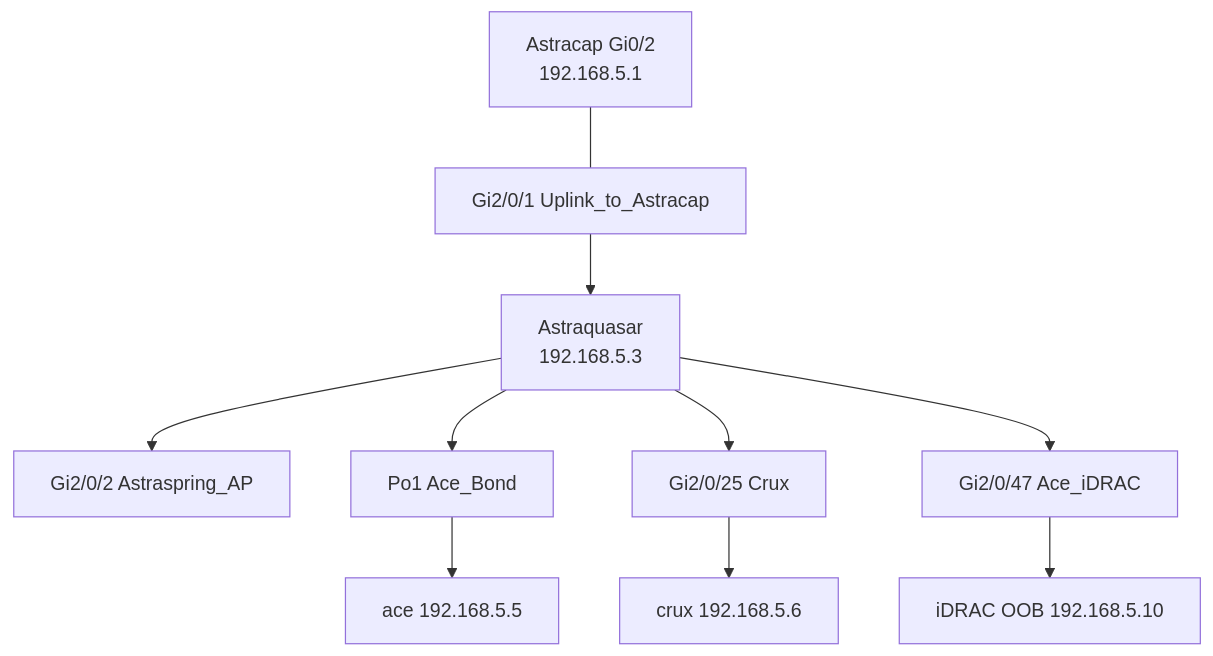
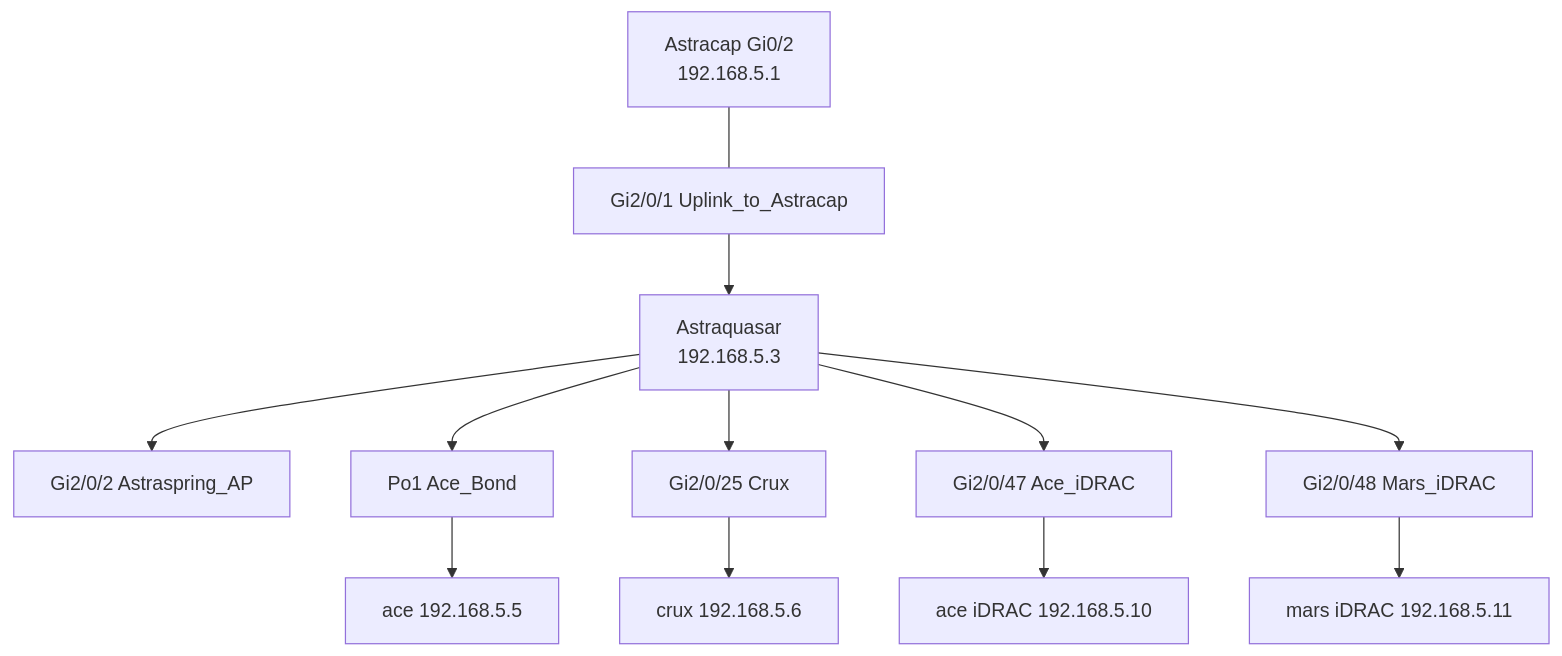
Before and after one commit to PrestonHager/nixos-configs: the diagram in docs/network-astraquasar-switch.md, drawn with Mermaid. The commit also changed other lines of this file and 18 other files, not shown here.

````diff
--- a/docs/network-astraquasar-switch.md
+++ b/docs/network-astraquasar-switch.md
@@ -19,19 +19,22 @@
 ```mermaid
 flowchart TB
   R["Astracap Gi0/2<br/>192.168.5.1"]
   SW["Astraquasar<br/>192.168.5.3"]
   U["Gi2/0/1 Uplink_to_Astracap"]
   AP["Gi2/0/2 Astraspring_AP"]
   Po["Po1 Ace_Bond"]
   Ace["ace 192.168.5.5"]
   P25["Gi2/0/25 Crux"]
   Crux["crux 192.168.5.6"]
   P47["Gi2/0/47 Ace_iDRAC"]
-  Host["iDRAC OOB 192.168.5.10"]
+  AceId["ace iDRAC 192.168.5.10"]
+  P48["Gi2/0/48 Mars_iDRAC"]
+  MarsId["mars iDRAC 192.168.5.11"]
 
   R --- U --> SW
   SW --> AP
   SW --> Po --> Ace
   SW --> P25 --> Crux
-  SW --> P47 --> Host
+  SW --> P47 --> AceId
+  SW --> P48 --> MarsId
 ```
````
